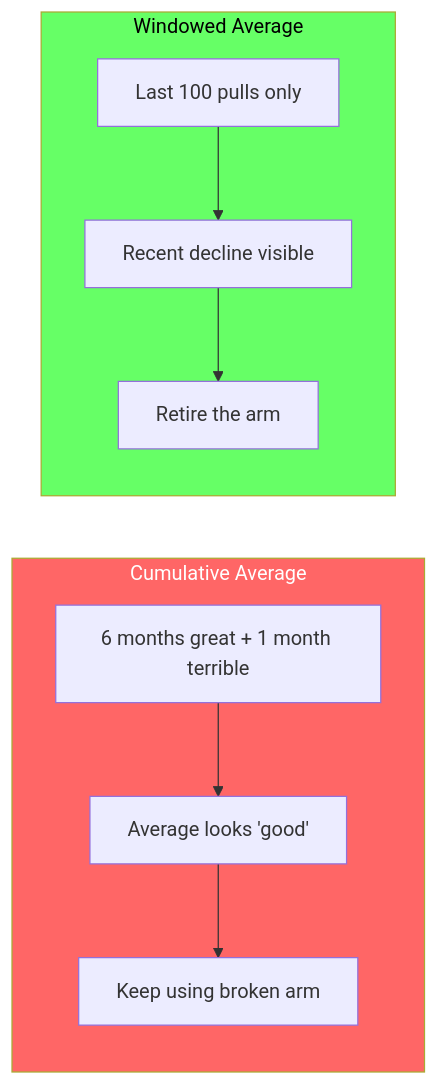
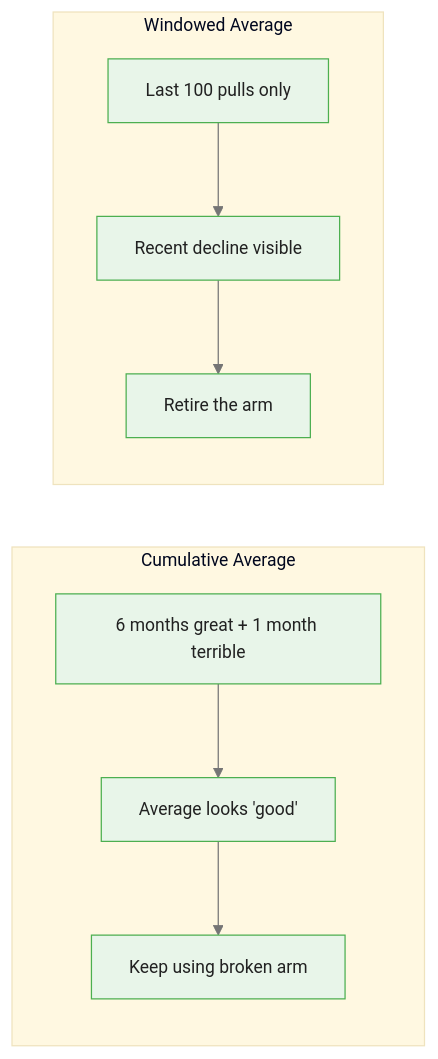
One commit to m-deane/course-creator changed the fourth of 5 diagrams in courses/multi-armed-bandits-ab-testing/modules/module_04_content_growth_optimization/guides/03_arm_management_slides.md. Above: the diagram before and after it, drawn with Mermaid. The commit also changed other lines of this file and 146 other files, not shown here.

````diff
--- a/courses/multi-armed-bandits-ab-testing/modules/module_04_content_growth_optimization/guides/03_arm_management_slides.md
+++ b/courses/multi-armed-bandits-ab-testing/modules/module_04_content_growth_optimization/guides/03_arm_management_slides.md
@@ -253,16 +288,14 @@
 ```mermaid
+%%{init: {"theme": "base", "themeVariables": {"primaryColor": "#e8f5e9", "primaryBorderColor": "#4caf50", "primaryTextColor": "#212121", "secondaryColor": "#e3f2fd", "tertiaryColor": "#fff8e1", "lineColor": "#757575", "fontFamily": "Inter, sans-serif", "fontSize": "14px"}}}%%
 flowchart LR
     subgraph Cumulative["Cumulative Average"]
         C1["6 months great + 1 month terrible"]
         C1 --> C2["Average looks 'good'"]
         C2 --> C3["Keep using broken arm"]
     end
     subgraph Windowed["Windowed Average"]
         W1["Last 100 pulls only"]
         W1 --> W2["Recent decline visible"]
         W2 --> W3["Retire the arm"]
     end
-
-    style Cumulative fill:#f66,color:#fff
-    style Windowed fill:#6f6,color:#000
 ```
````
